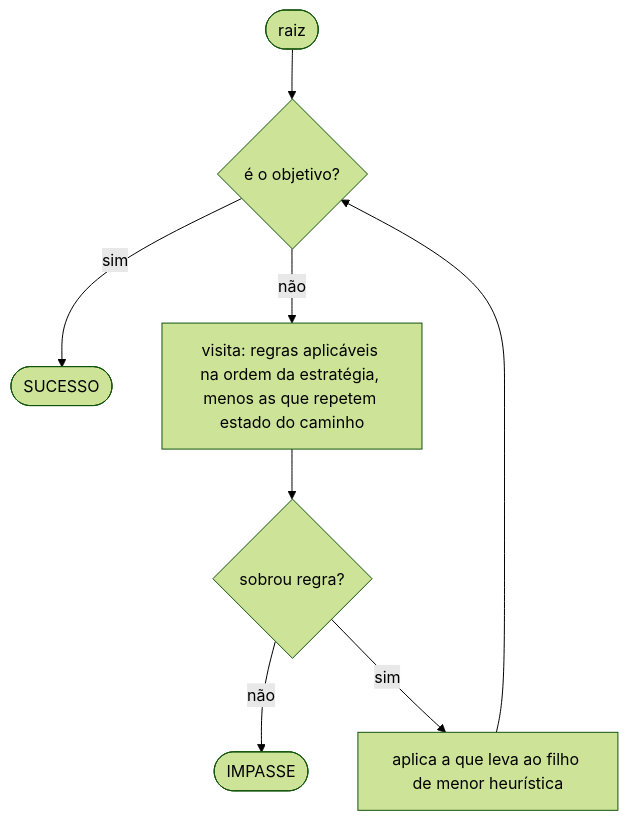
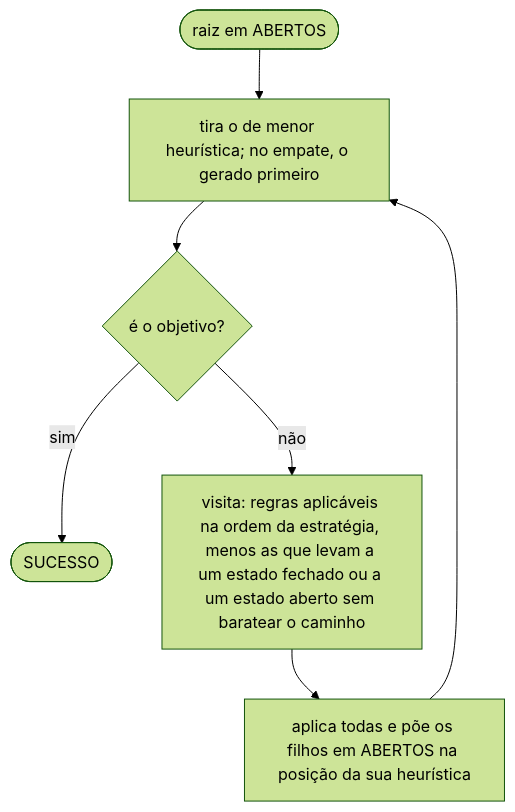
The fifth of 5 diagrams in README.md (CharlesLB/dcc-014-trabalho-1), drawn with Mermaid (forest theme) before and after one commit. The commit also changed other lines of this file and 54 other files, not shown here.

````diff
--- a/README.md
+++ b/README.md
@@ -211,10 +234,9 @@
 ```mermaid
 flowchart TD
-    A([raiz]) --> B{é o objetivo?}
-    B -- sim --> S([SUCESSO])
-    B -- não --> C[visita: regras aplicáveis na ordem da estratégia, menos as que repetem estado do caminho]
-    C --> D{sobrou regra?}
-    D -- não --> X([IMPASSE])
-    D -- sim --> E[aplica a que leva ao filho de menor heurística]
+    A([raiz em ABERTOS]) --> B[tira o de menor heurística; no empate, o gerado primeiro]
+    B --> C{é o objetivo?}
+    C -- sim --> S([SUCESSO])
+    C -- não --> V[visita: regras aplicáveis na ordem da estratégia, menos as que levam a um estado fechado ou a um estado aberto sem baratear o caminho]
+    V --> E[aplica todas e põe os filhos em ABERTOS na posição da sua heurística]
     E --> B
 ```
````
